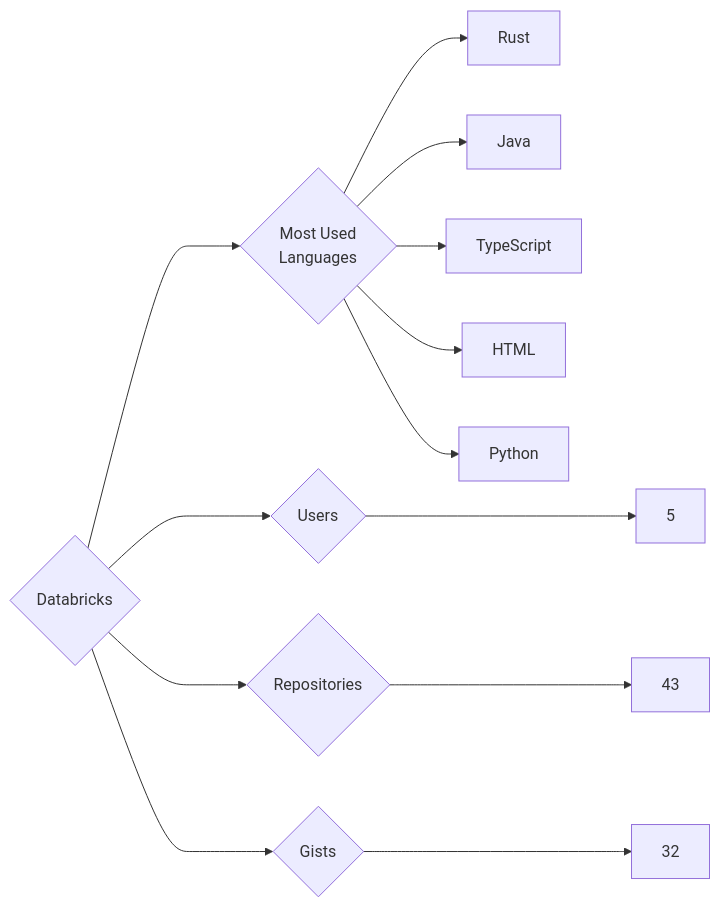
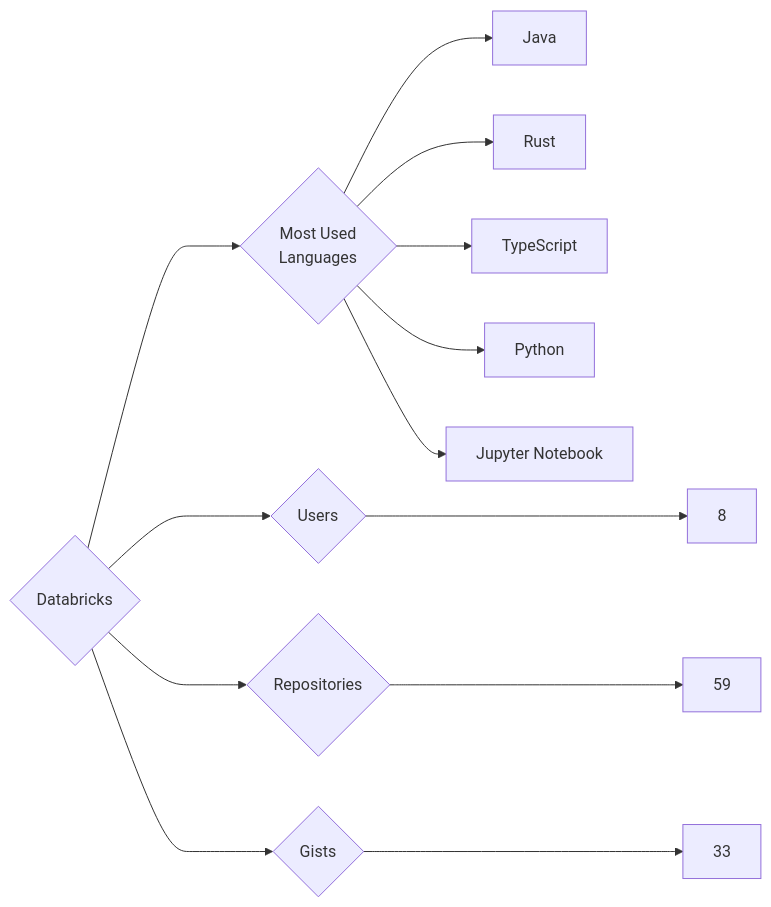
One commit to trickest/insiders changed the diagram in targets/Databricks/README.md. Above: the diagram before and after it, drawn with Mermaid. The commit also changed 1023 other files, not shown here.

````diff
--- a/targets/Databricks/README.md
+++ b/targets/Databricks/README.md
@@ -3,13 +3,13 @@
 ```mermaid
 graph LR
 COMPANY_NAME{Databricks}
-COMPANY_NAME ---> U{Users} ---> UN[5]
-COMPANY_NAME ---> R{Repositories} ---> RN[43]
-COMPANY_NAME ---> G{Gists} ---> GN[32]
+COMPANY_NAME ---> U{Users} ---> UN[8]
+COMPANY_NAME ---> R{Repositories} ---> RN[59]
+COMPANY_NAME ---> G{Gists} ---> GN[33]
 COMPANY_NAME ---> ML{Most Used<br>Languages}
+ML --> Java[Java]
 ML --> Rust[Rust]
-ML --> Java[Java]
 ML --> TypeScript[TypeScript]
-ML --> HTML[HTML]
 ML --> Python[Python]
+ML --> Jupyter_Notebook[Jupyter Notebook]
 ```
````
